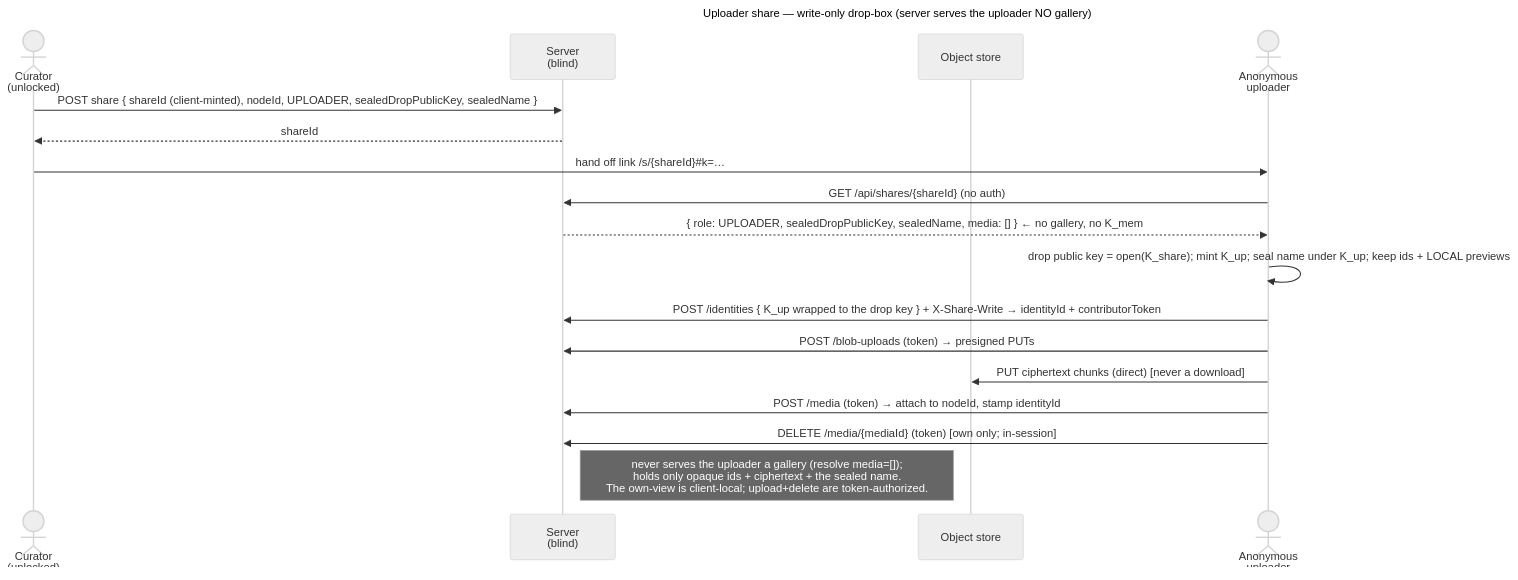
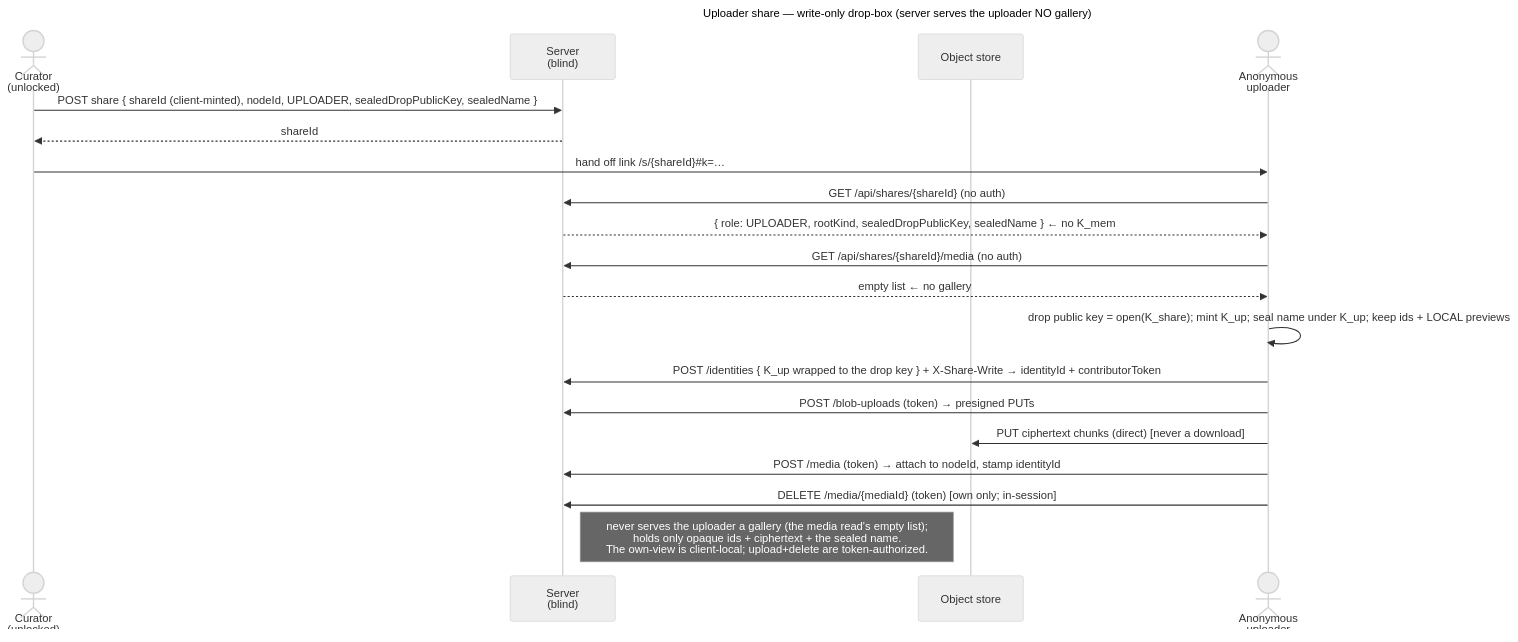
The diagram in docs/features/sharing/use-cases/uc.sharing.share-uploader.md (raddatzk/veyq), drawn with Mermaid (neutral theme) before and after one commit. The commit also changed other lines of this file and 5 other files, not shown here.

First line of the commit message:
docs(sharing): a link's media is its own guest read

````diff
--- a/docs/features/sharing/use-cases/uc.sharing.share-uploader.md
+++ b/docs/features/sharing/use-cases/uc.sharing.share-uploader.md
@@ -50,22 +51,24 @@
 ```mermaid
 ---
 title: Uploader share — write-only drop-box (server serves the uploader NO gallery)
 ---
 sequenceDiagram
   actor C as Curator<br>(unlocked)
   participant S as Server<br>(blind)
   participant O as Object store
   actor V as Anonymous<br>uploader
   C->>S: POST share { shareId (client-minted), nodeId, UPLOADER, sealedDropPublicKey, sealedName }
   S-->>C: shareId
   C->>V: hand off link /s/{shareId}#35;k=…
   V->>S: GET /api/shares/{shareId}   (no auth)
-  S-->>V: { role: UPLOADER, sealedDropPublicKey, sealedName, media: [] }   ← no gallery, no K_mem
+  S-->>V: { role: UPLOADER, rootKind, sealedDropPublicKey, sealedName }   ← no K_mem
+  V->>S: GET /api/shares/{shareId}/media   (no auth)
+  S-->>V: empty list   ← no gallery
   V->>V: drop public key = open(K_share)#59; mint K_up#59; seal name under K_up#59; keep ids + LOCAL previews
   V->>S: POST /identities { K_up wrapped to the drop key } + X-Share-Write → identityId + contributorToken
   V->>S: POST /blob-uploads (token) → presigned PUTs
   V->>O: PUT ciphertext chunks (direct)   [never a download]
   V->>S: POST /media (token) → attach to nodeId, stamp identityId
   V->>S: DELETE /media/{mediaId} (token)   [own only#59; in-session]
-  Note right of S: never serves the uploader a gallery (resolve media=[])#59;<br>holds only opaque ids + ciphertext + the sealed name.<br>The own-view is client-local#59; upload+delete are token-authorized.
+  Note right of S: never serves the uploader a gallery (the media read's empty list)#59;<br>holds only opaque ids + ciphertext + the sealed name.<br>The own-view is client-local#59; upload+delete are token-authorized.
 ```
````
